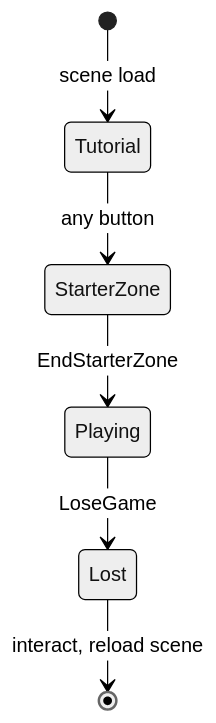
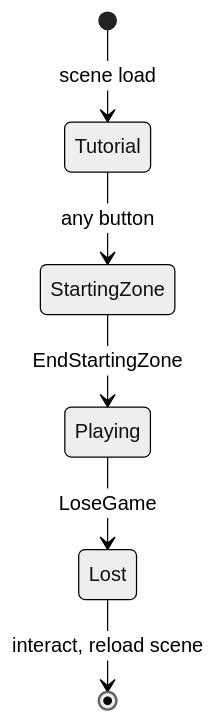
The second of 2 diagrams in docs/monkobra-tdd.md (kami-lel/monkobra), drawn with Mermaid (neutral theme) before and after one commit. The commit also changed other lines of this file and 15 other files, not shown here.

First line of the commit message:
rename Starter Zone -> Starting Zone across code, assets, docs

````diff
--- a/docs/monkobra-tdd.md
+++ b/docs/monkobra-tdd.md
@@ -69,8 +69,8 @@
 ```mermaid
 stateDiagram-v2
   [*] --> Tutorial: scene load
-  Tutorial --> StarterZone: any button
-  StarterZone --> Playing: EndStarterZone
+  Tutorial --> StartingZone: any button
+  StartingZone --> Playing: EndStartingZone
   Playing --> Lost: LoseGame
   Lost --> [*]: interact, reload scene
 ```
````
